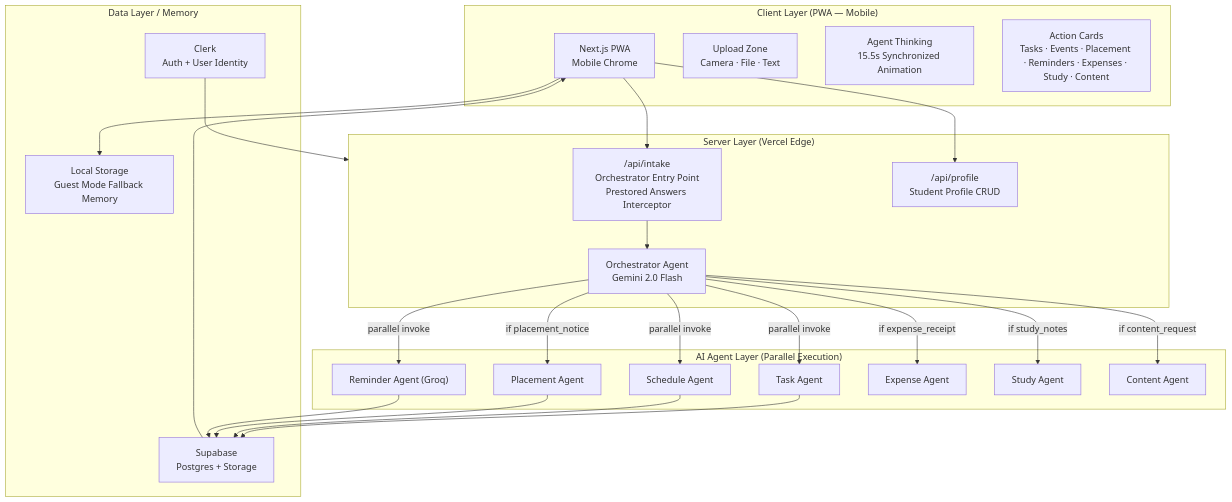
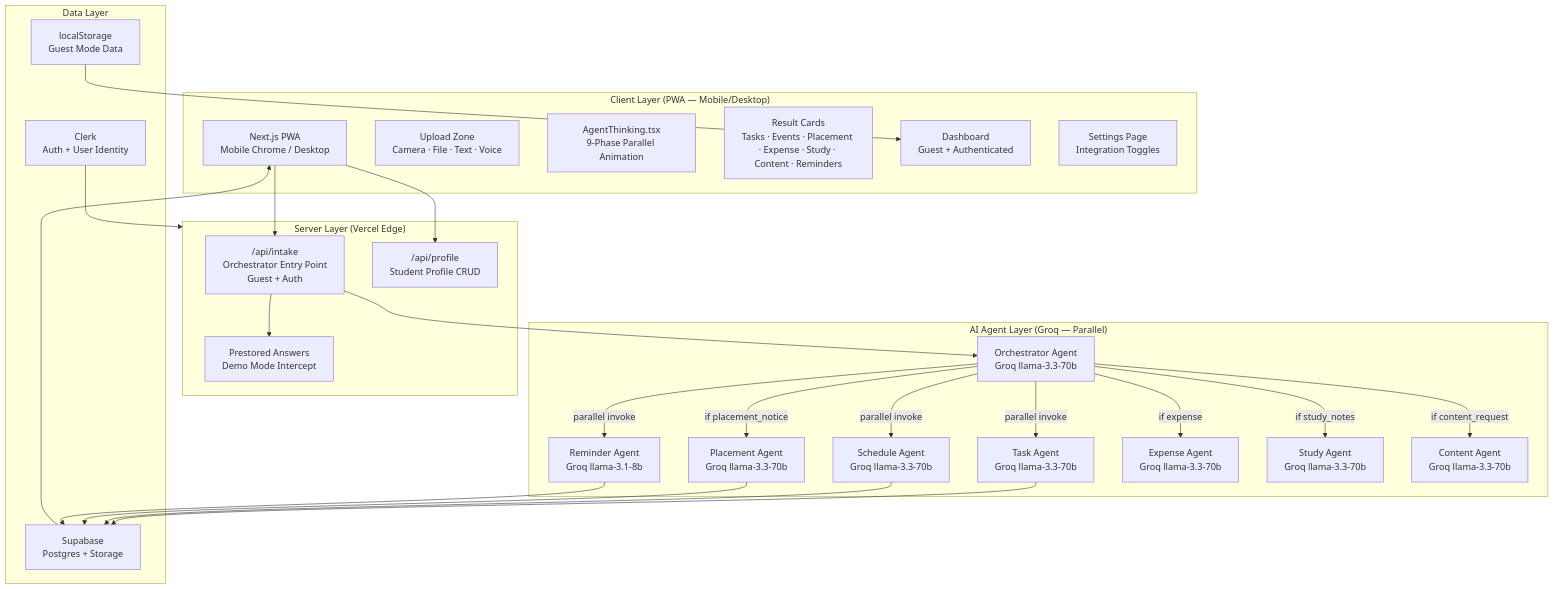
One commit to TuShArBhArDwA/LifeOS changed the first of 5 diagrams in docs/HLD.md. Above: the diagram before and after it, drawn with Mermaid. The commit also changed other lines of this file and 2 other files, not shown here.

Commit message:
docs: update HLD, LLD, and README to reflect v2 7-agent architecture

````diff
--- a/docs/HLD.md
+++ b/docs/HLD.md
@@ -32,51 +43,53 @@
 ```mermaid
 graph TB
-    subgraph CLIENT["Client Layer (PWA — Mobile)"]
-        UI["Next.js PWA\nMobile Chrome"]
-        UPLOAD["Upload Zone\nCamera · File · Text"]
-        ANIM["Agent Thinking\n15.5s Synchronized Animation"]
-        CARDS["Action Cards\nTasks · Events · Placement · Reminders · Expenses · Study · Content"]
+    subgraph CLIENT["Client Layer (PWA — Mobile/Desktop)"]
+        UI["Next.js PWA\nMobile Chrome / Desktop"]
+        UPLOAD["Upload Zone\nCamera · File · Text · Voice"]
+        ANIM["AgentThinking.tsx\n9-Phase Parallel Animation"]
+        CARDS["Result Cards\nTasks · Events · Placement · Expense · Study · Content · Reminders"]
+        DASH["Dashboard\nGuest + Authenticated"]
+        SET["Settings Page\nIntegration Toggles"]
     end
 
     subgraph SERVER["Server Layer (Vercel Edge)"]
-        INTAKE["/api/intake\nOrchestrator Entry Point\nPrestored Answers Interceptor"]
+        INTAKE["/api/intake\nOrchestrator Entry Point\nGuest + Auth"]
         PROFILE["/api/profile\nStudent Profile CRUD"]
-        ORCH["Orchestrator Agent\nGemini 2.0 Flash"]
+        PRESTORED["Prestored Answers\nDemo Mode Intercept"]
     end
 
-    subgraph AGENTS["AI Agent Layer (Parallel Execution)"]
-        TASK["Task Agent"]
-        SCHED["Schedule Agent"]
-        PLACE["Placement Agent"]
-        REM["Reminder Agent (Groq)"]
-        EXP["Expense Agent"]
-        STUDY["Study Agent"]
-        CONT["Content Agent"]
+    subgraph AGENTS["AI Agent Layer (Groq — Parallel)"]
+        ORCH["Orchestrator Agent\nGroq llama-3.3-70b"]
+        TASK["Task Agent\nGroq llama-3.3-70b"]
+        SCHED["Schedule Agent\nGroq llama-3.3-70b"]
+        PLACE["Placement Agent\nGroq llama-3.3-70b"]
+        REM["Reminder Agent\nGroq llama-3.1-8b"]
+        EXP["Expense Agent\nGroq llama-3.3-70b"]
+        STUDY["Study Agent\nGroq llama-3.3-70b"]
+        CONT["Content Agent\nGroq llama-3.3-70b"]
     end
 
-    subgraph DATA["Data Layer / Memory"]
+    subgraph DATA["Data Layer"]
         SB["Supabase\nPostgres + Storage"]
         CLERK["Clerk\nAuth + User Identity"]
-        LOCAL["Local Storage\nGuest Mode Fallback Memory"]
+        LS["localStorage\nGuest Mode Data"]
     end
 
     UI --> INTAKE
     UI --> PROFILE
+    INTAKE --> PRESTORED
     INTAKE --> ORCH
     ORCH -->|"parallel invoke"| TASK
     ORCH -->|"parallel invoke"| SCHED
     ORCH -->|"if placement_notice"| PLACE
     ORCH -->|"parallel invoke"| REM
-    ORCH -->|"if expense_receipt"| EXP
+    ORCH -->|"if expense"| EXP
     ORCH -->|"if study_notes"| STUDY
     ORCH -->|"if content_request"| CONT
-    
     TASK --> SB
     SCHED --> SB
     PLACE --> SB
     REM --> SB
-    
-    UI --> LOCAL
     SB --> UI
+    LS --> DASH
     CLERK --> SERVER
 ```
````
